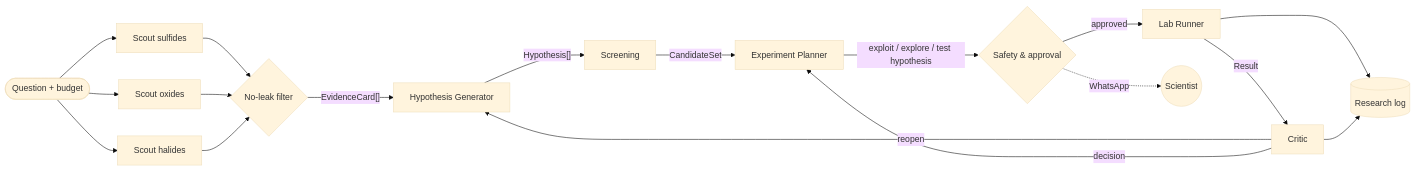
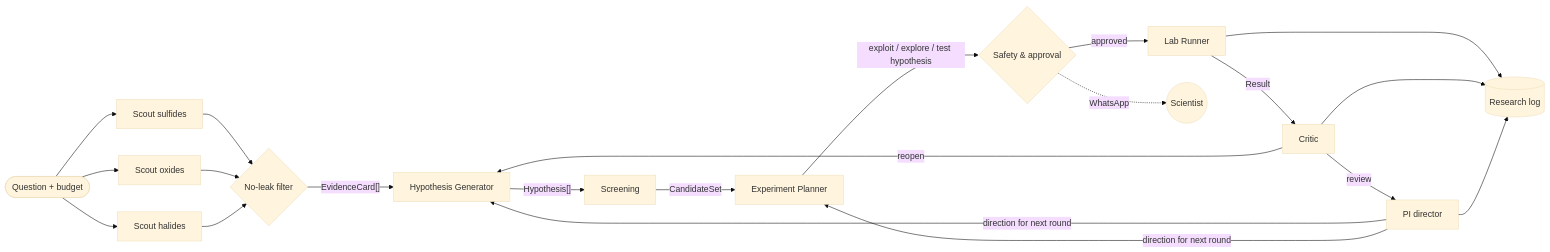
The diagram in README.md (TheWinnerTT/IonForge), drawn with Mermaid (base theme) before and after one commit. The commit also changed other lines of this file and 15 other files, not shown here.

````diff
--- a/README.md
+++ b/README.md
@@ -35,20 +35,23 @@
 ```mermaid
 flowchart LR
   Q([Question + budget]) --> LS1[Scout sulfides]
   Q --> LS2[Scout oxides]
   Q --> LS3[Scout halides]
   LS1 --> NF{No-leak filter}
   LS2 --> NF
   LS3 --> NF
   NF -- EvidenceCard[] --> HG[Hypothesis Generator]
   HG -- Hypothesis[] --> SC[Screening]
   SC -- CandidateSet --> PL[Experiment Planner]
   PL -- exploit / explore / test hypothesis --> SA{Safety & approval}
   SA -- approved --> LR[Lab Runner]
   SA -. WhatsApp .-> H((Scientist))
   LR -- Result --> CR[Critic]
+  CR -- review --> PI[PI director]
   CR -- reopen --> HG
-  CR -- decision --> PL
+  PI -- direction for next round --> HG
+  PI -- direction for next round --> PL
   LR --> REC[(Research log)]
   CR --> REC
+  PI --> REC
 ```
````
